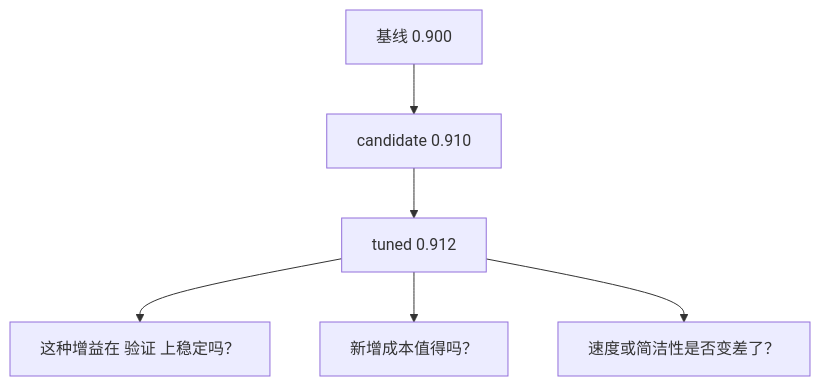
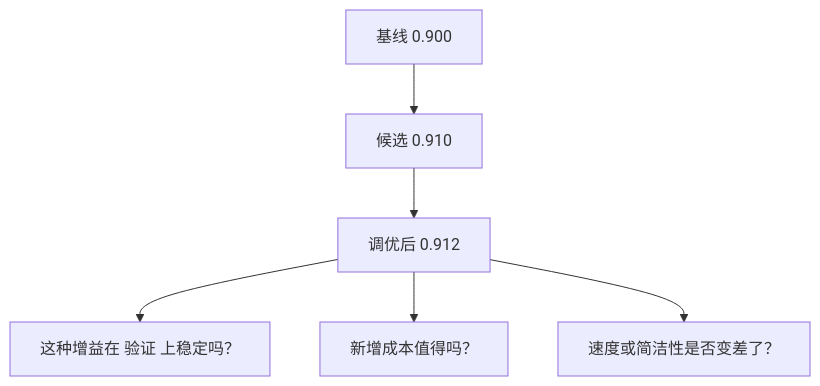
The diagram in docs/assets/part-04/chapter-09/p4-9-2-mermaid-03-zh.mmd (devchan64/AiBook), drawn with Mermaid before and after one commit. The commit also changed 91 other files, not shown here.

Commit message:
Finalize Part 4 Korean and Chinese diagram localization

```diff
--- a/docs/assets/part-04/chapter-09/p4-9-2-mermaid-03-zh.mmd
+++ b/docs/assets/part-04/chapter-09/p4-9-2-mermaid-03-zh.mmd
@@ -1,9 +1,9 @@
 flowchart TD
   A["基线 0.900"]
-  B["candidate 0.910"]
-  C["tuned 0.912"]
+  B["候选 0.910"]
+  C["调优后 0.912"]
 
   A --> B --> C
   C --> D["这种增益在 验证 上稳定吗？"]
   C --> E["新增成本值得吗？"]
   C --> F["速度或简洁性是否变差了？"]
```
